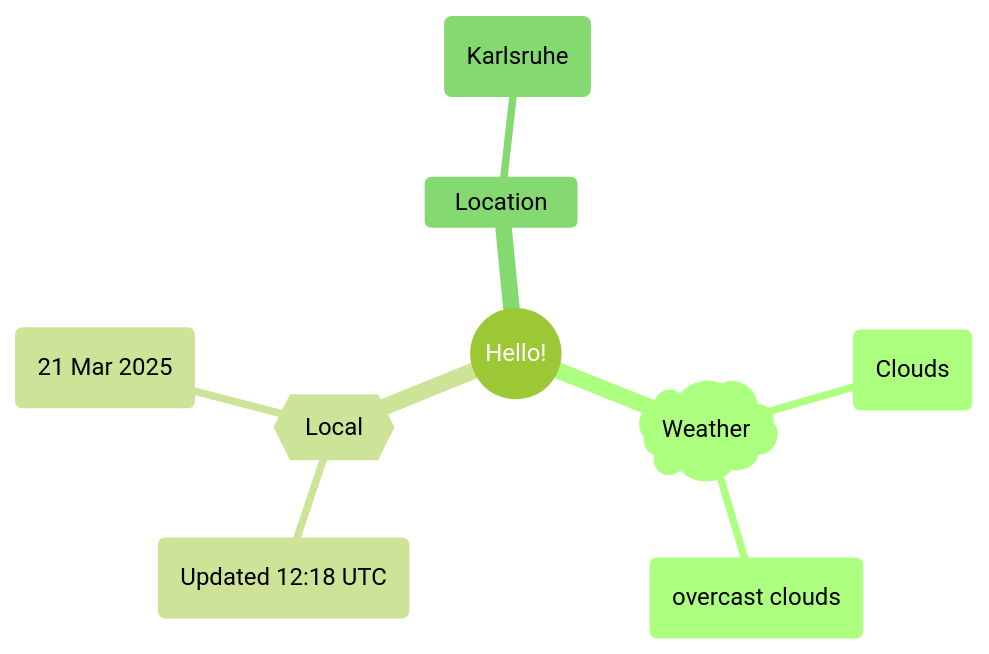
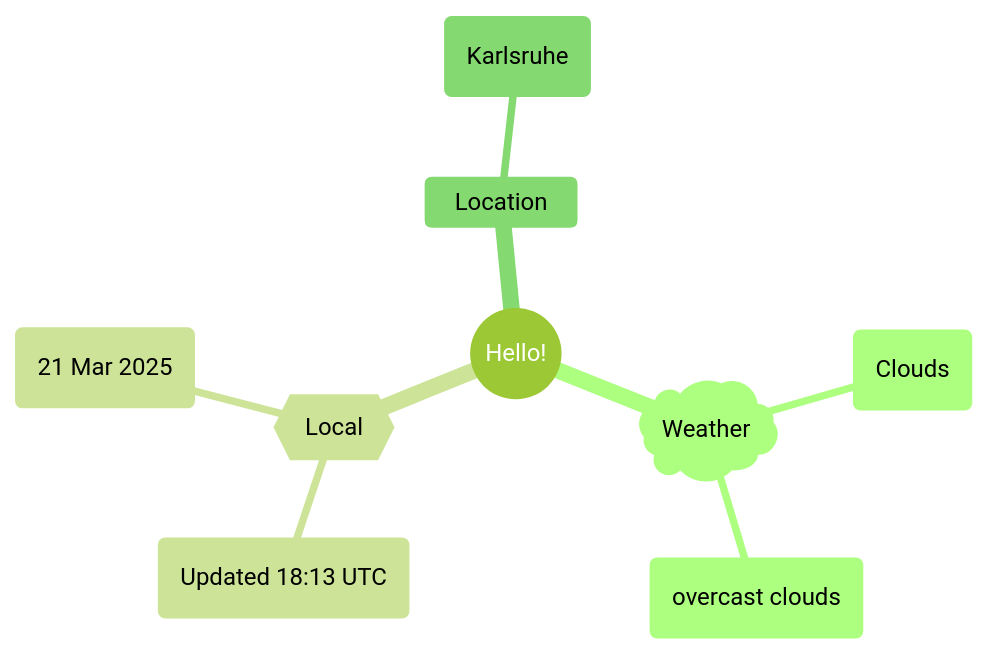
The first of 2 diagrams in README.md (Xosrov/Xosrov), drawn with Mermaid (forest theme) before and after one commit.

Commit message:
[bot] updated images

````diff
--- a/README.md
+++ b/README.md
@@ -3,12 +3,12 @@
 ```mermaid
 mindmap
   root((Hello!))
     )Weather(
         (Clouds)
         (overcast clouds)
     {{Local}}
-        (Updated 12:18 UTC)
+        (Updated 18:13 UTC)
         (21 Mar 2025)
     Location
         (Karlsruhe)
 ```
````
